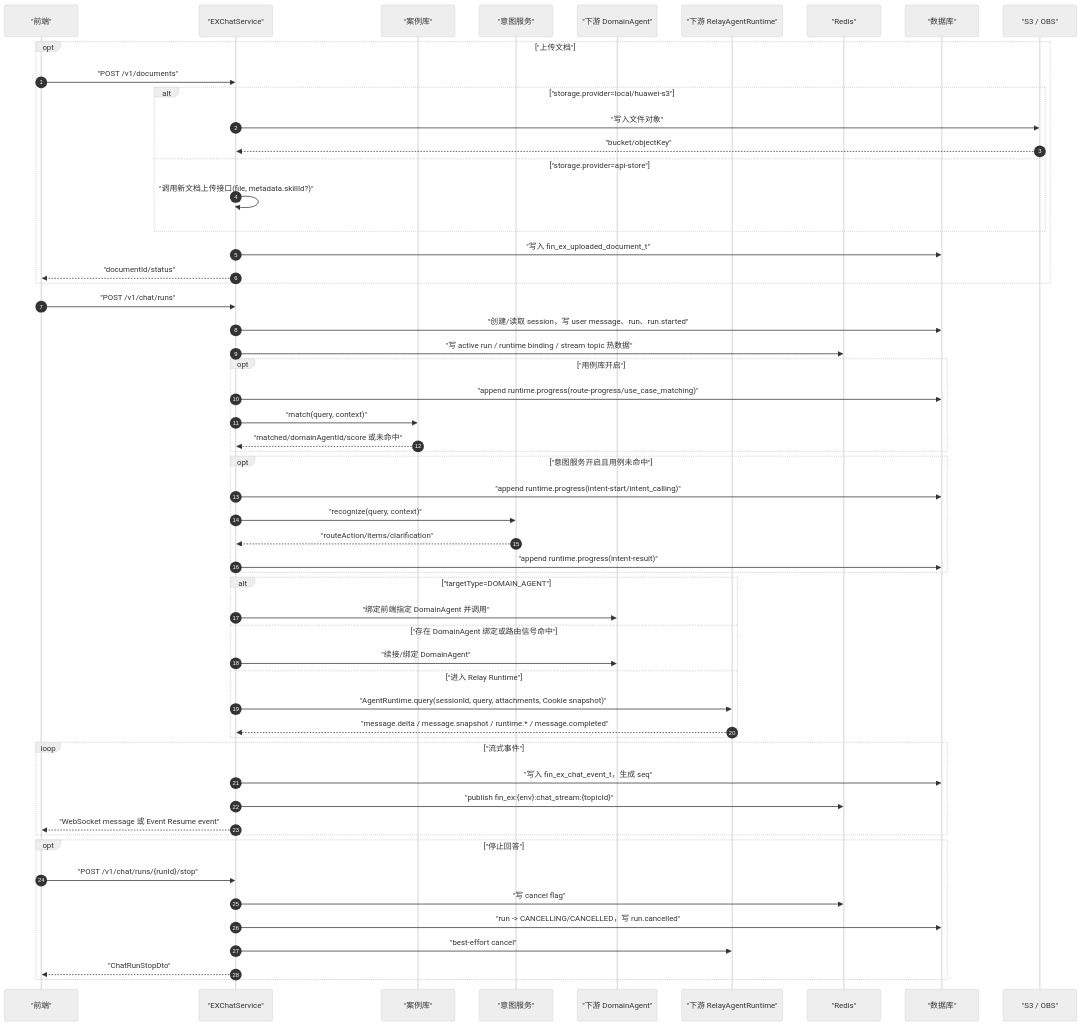
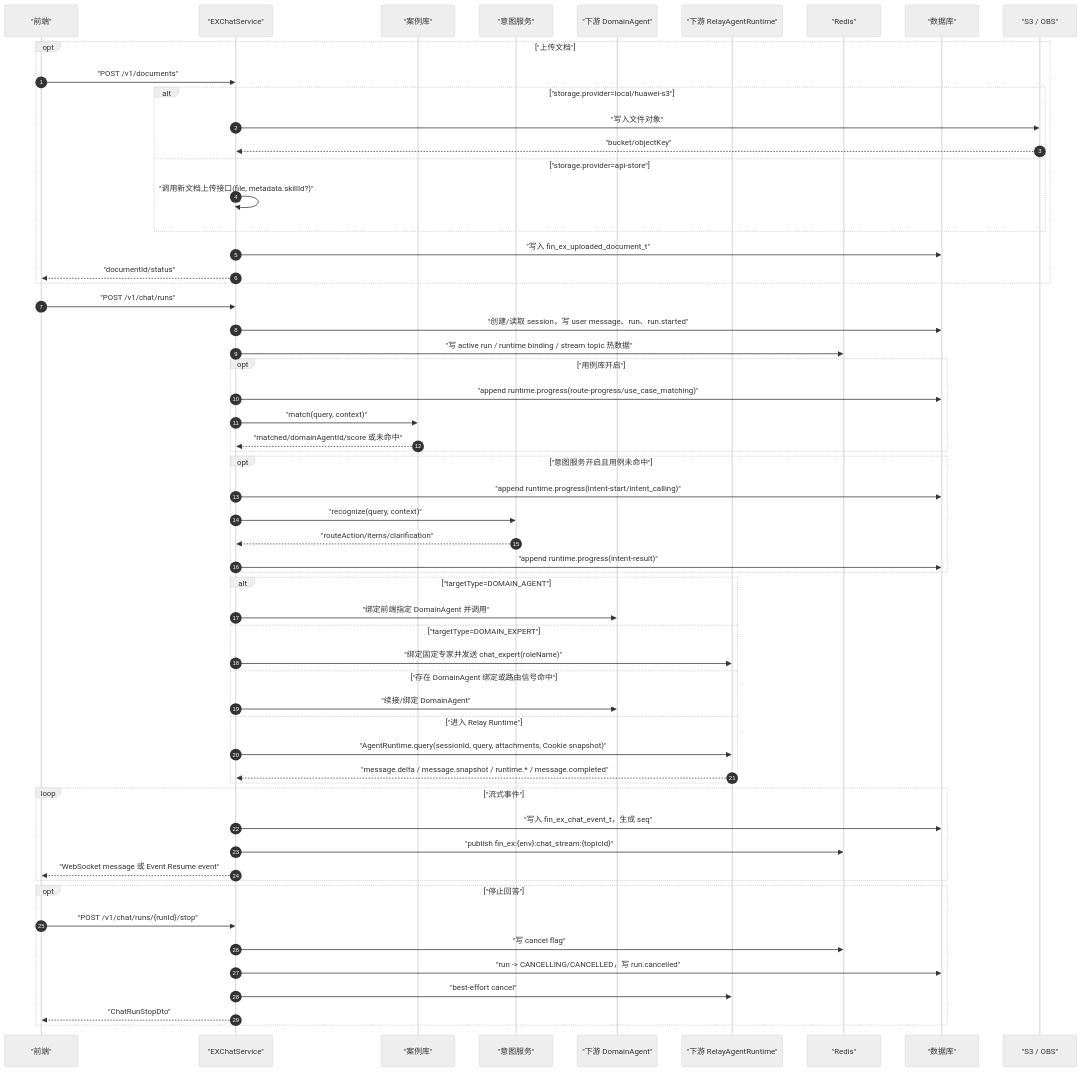
The third of 11 diagrams in docs/architecture/README.md (kunben-duck/exweb), drawn with Mermaid (neutral theme) before and after one commit. The commit also changed other lines of this file and 37 other files, not shown here.

Commit message:
feat: support pinned relay domain experts

````diff
--- a/docs/architecture/README.md
+++ b/docs/architecture/README.md
@@ -192,65 +197,67 @@
 ```mermaid
 sequenceDiagram
     autonumber
     participant Frontend as "前端"
     participant EX as "EXChatService"
     participant UseCase as "案例库"
     participant Intent as "意图服务"
     participant DomainAgent as "下游 DomainAgent"
     participant Relay as "下游 RelayAgentRuntime"
     participant Redis as "Redis"
     participant DB as "数据库"
     participant S3 as "S3 / OBS"
 
     opt "上传文档"
         Frontend->>EX: "POST /v1/documents"
         alt "storage.provider=local/huawei-s3"
             EX->>S3: "写入文件对象"
             S3-->>EX: "bucket/objectKey"
         else "storage.provider=api-store"
             EX->>EX: "调用新文档上传接口(file, metadata.skillId?)"
         end
         EX->>DB: "写入 fin_ex_uploaded_document_t"
         EX-->>Frontend: "documentId/status"
     end
 
     Frontend->>EX: "POST /v1/chat/runs"
     EX->>DB: "创建/读取 session，写 user message、run、run.started"
     EX->>Redis: "写 active run / runtime binding / stream topic 热数据"
 
     opt "用例库开启"
         EX->>DB: "append runtime.progress(route-progress/use_case_matching)"
         EX->>UseCase: "match(query, context)"
         UseCase-->>EX: "matched/domainAgentId/score 或未命中"
     end
 
     opt "意图服务开启且用例未命中"
         EX->>DB: "append runtime.progress(intent-start/intent_calling)"
         EX->>Intent: "recognize(query, context)"
         Intent-->>EX: "routeAction/items/clarification"
         EX->>DB: "append runtime.progress(intent-result)"
     end
 
     alt "targetType=DOMAIN_AGENT"
         EX->>DomainAgent: "绑定前端指定 DomainAgent 并调用"
+    else "targetType=DOMAIN_EXPERT"
+        EX->>Relay: "绑定固定专家并发送 chat_expert(roleName)"
     else "存在 DomainAgent 绑定或路由信号命中"
         EX->>DomainAgent: "续接/绑定 DomainAgent"
     else "进入 Relay Runtime"
         EX->>Relay: "AgentRuntime.query(sessionId, query, attachments, Cookie snapshot)"
         Relay-->>EX: "message.delta / message.snapshot / runtime.* / message.completed"
     end
 
     loop "流式事件"
         EX->>DB: "写入 fin_ex_chat_event_t，生成 seq"
         EX->>Redis: "publish fin_ex:{env}:chat_stream:{topicId}"
         EX-->>Frontend: "WebSocket message 或 Event Resume event"
     end
 
     opt "停止回答"
         Frontend->>EX: "POST /v1/chat/runs/{runId}/stop"
         EX->>Redis: "写 cancel flag"
         EX->>DB: "run -> CANCELLING/CANCELLED，写 run.cancelled"
         EX->>Relay: "best-effort cancel"
         EX-->>Frontend: "ChatRunStopDto"
     end
 ```
````
